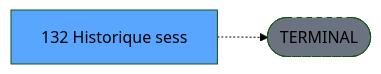
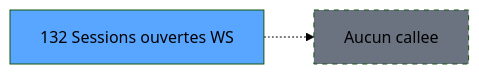
Before and after one commit to thonyAGP/magic-migration: the third of 3 diagrams in .openspec/specs/ADH-IDE-132.md, drawn with Mermaid (forest theme). The commit also changed other lines of this file and 311 other files, not shown here.

````diff
--- a/.openspec/specs/ADH-IDE-132.md
+++ b/.openspec/specs/ADH-IDE-132.md
@@ -141,8 +163,8 @@
 ```mermaid
 graph LR
-    T[132 Historique sess]
-    TERM([TERMINAL])
-    T -.-> TERM
-    style TERM fill:#6b7280,stroke-dasharray: 5 5
-    style T fill:#58a6ff,color:#000
+    T132[132 Sessions ouvertes WS]
+    style T132 fill:#58a6ff
+    NONE[Aucun callee]
+    T132 -.-> NONE
+    style NONE fill:#6b7280,stroke-dasharray: 5 5
 ```
````
